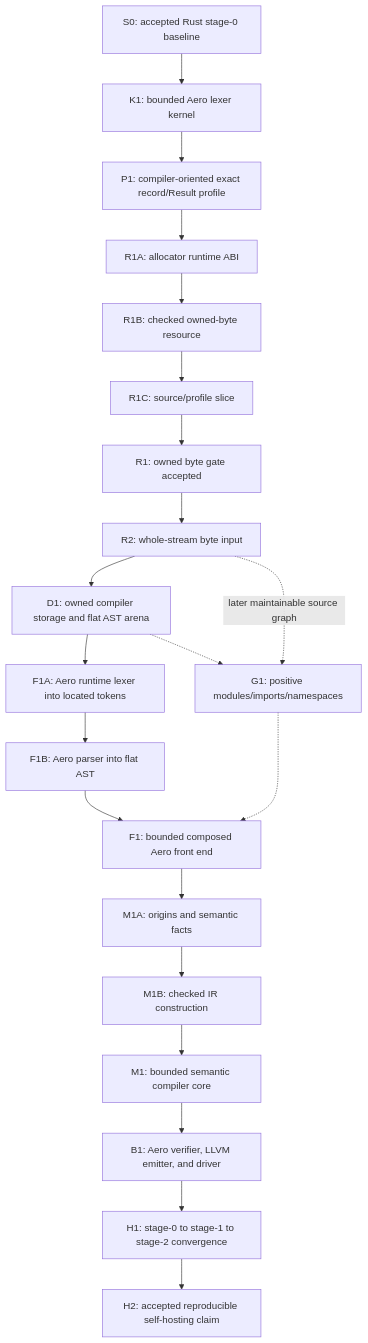
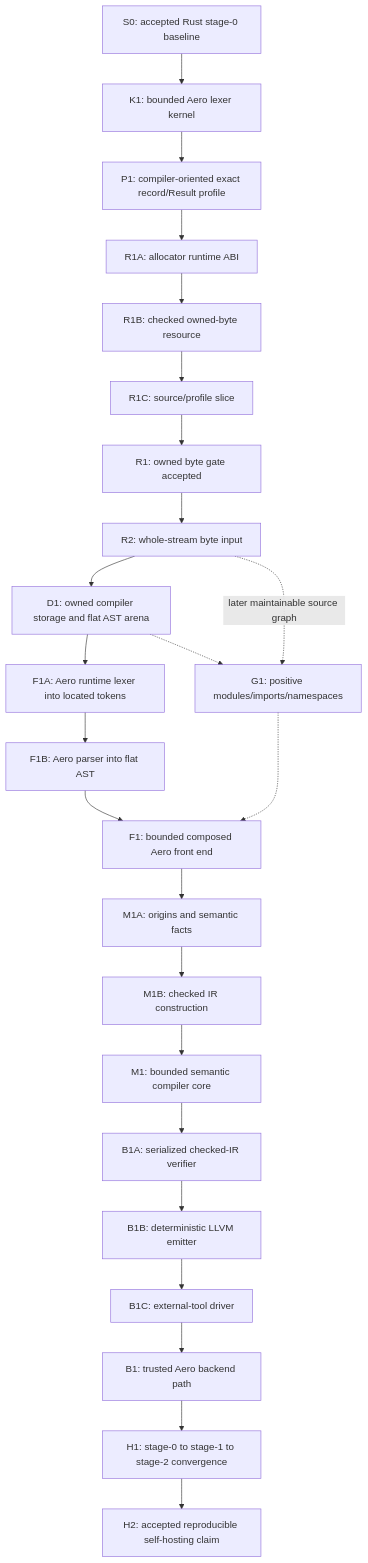
One commit to RobVanProd/Aero changed the diagram in SELF_HOSTING_ROADMAP.md. Above: the diagram before and after it, drawn with Mermaid. The commit also changed other lines of this file and 7 other files, not shown here.

Commit message:
feat: add bounded Aero checked IR verifier

````diff
--- a/SELF_HOSTING_ROADMAP.md
+++ b/SELF_HOSTING_ROADMAP.md
@@ -227,23 +247,26 @@
 ```mermaid
 flowchart TD
     S0["S0: accepted Rust stage-0 baseline"] --> K1["K1: bounded Aero lexer kernel"]
     K1 --> P1["P1: compiler-oriented exact record/Result profile"]
     P1 --> R1A["R1A: allocator runtime ABI"]
     R1A --> R1B["R1B: checked owned-byte resource"]
     R1B --> R1C["R1C: source/profile slice"]
     R1C --> R1["R1: owned byte gate accepted"]
     R1 --> R2["R2: whole-stream byte input"]
     R2 --> D1["D1: owned compiler storage and flat AST arena"]
     D1 --> F1A["F1A: Aero runtime lexer into located tokens"]
     F1A --> F1B["F1B: Aero parser into flat AST"]
     F1B --> F1["F1: bounded composed Aero front end"]
     F1 --> M1A["M1A: origins and semantic facts"]
     M1A --> M1B["M1B: checked IR construction"]
     M1B --> M1["M1: bounded semantic compiler core"]
-    M1 --> B1["B1: Aero verifier, LLVM emitter, and driver"]
+    M1 --> B1A["B1A: serialized checked-IR verifier"]
+    B1A --> B1B["B1B: deterministic LLVM emitter"]
+    B1B --> B1C["B1C: external-tool driver"]
+    B1C --> B1["B1: trusted Aero backend path"]
     B1 --> H1["H1: stage-0 to stage-1 to stage-2 convergence"]
     H1 --> H2["H2: accepted reproducible self-hosting claim"]
     R2 -. "later maintainable source graph" .-> G1["G1: positive modules/imports/namespaces"]
     D1 -.-> G1
     G1 -.-> F1
 ```
````
